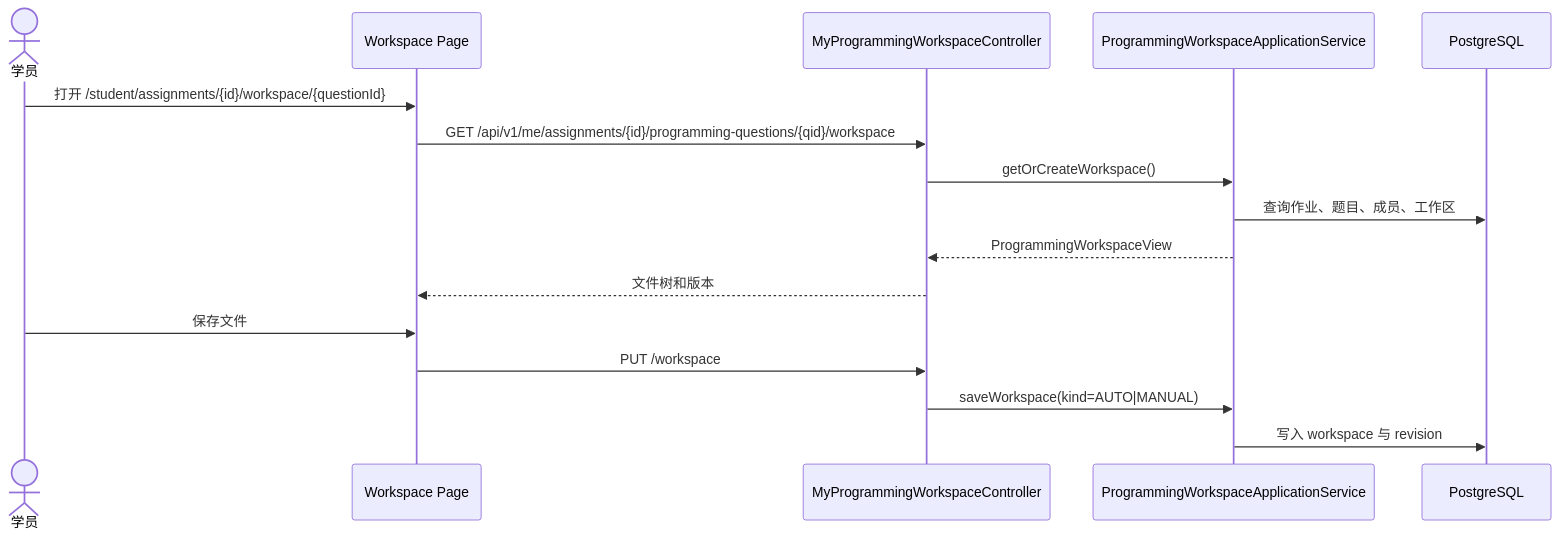
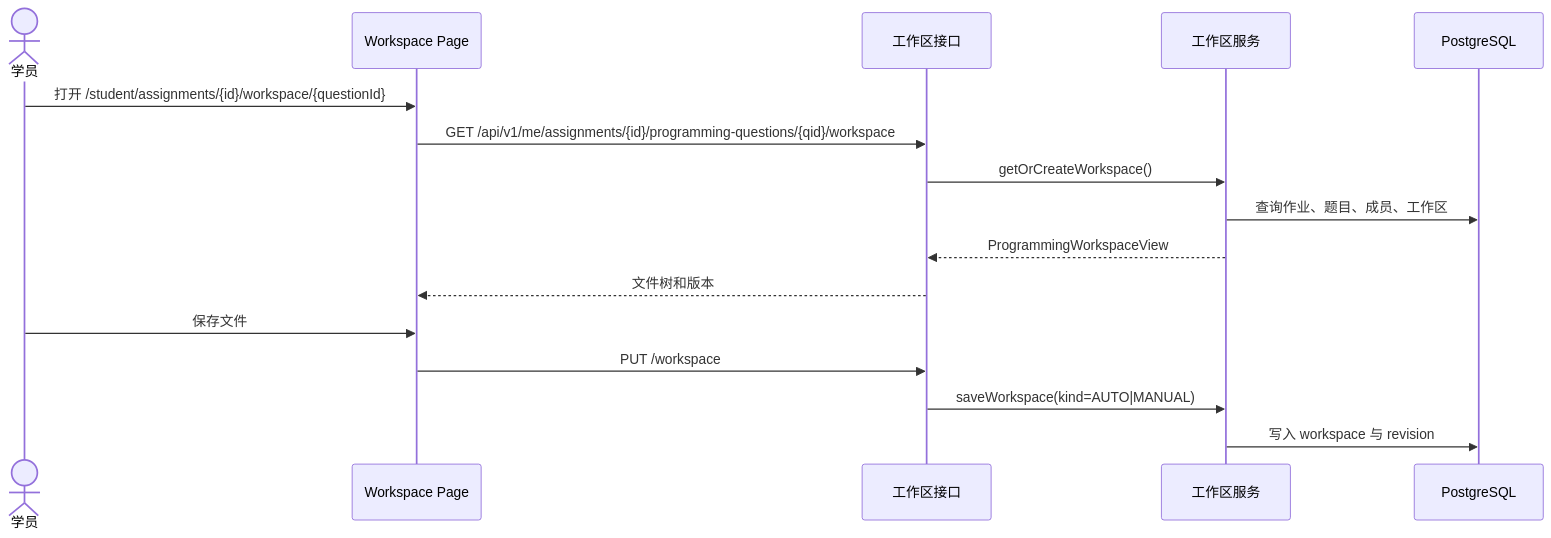
One commit to BUAA-SEProject/docs changed diagram 12 of 36 in 02-process-docs/detailed-design.md. Above: the diagram before and after it, drawn with Mermaid. The commit also changed other lines of this file and 6 other files, not shown here.

````diff
--- a/02-process-docs/detailed-design.md
+++ b/02-process-docs/detailed-design.md
@@ -319,19 +319,19 @@
 ```mermaid
 sequenceDiagram
   actor S as 学员
   participant W as Workspace Page
-  participant C as MyProgrammingWorkspaceController
-  participant AS as ProgrammingWorkspaceApplicationService
+  participant C as 工作区接口
+  participant AS as 工作区服务
   participant DB as PostgreSQL
 
   S->>W: 打开 /student/assignments/{id}/workspace/{questionId}
   W->>C: GET /api/v1/me/assignments/{id}/programming-questions/{qid}/workspace
   C->>AS: getOrCreateWorkspace()
   AS->>DB: 查询作业、题目、成员、工作区
   AS-->>C: ProgrammingWorkspaceView
   C-->>W: 文件树和版本
   S->>W: 保存文件
   W->>C: PUT /workspace
   C->>AS: saveWorkspace(kind=AUTO|MANUAL)
   AS->>DB: 写入 workspace 与 revision
 ```
````
